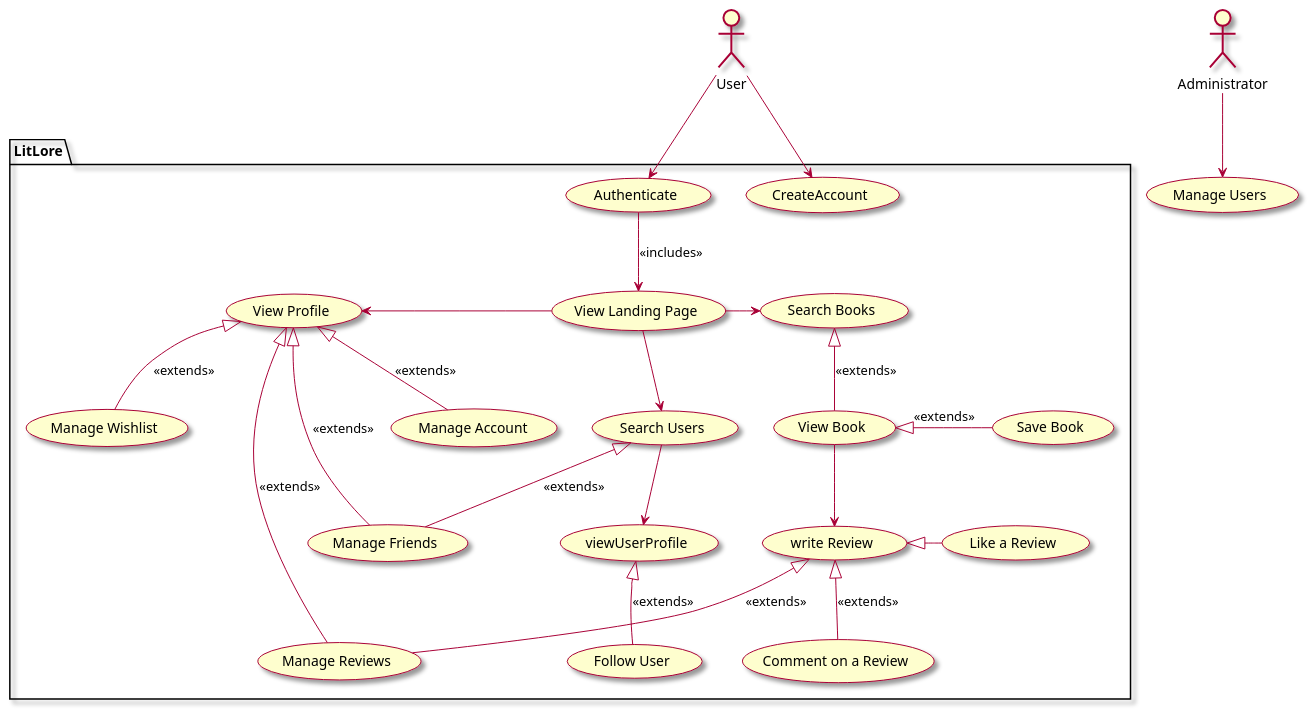
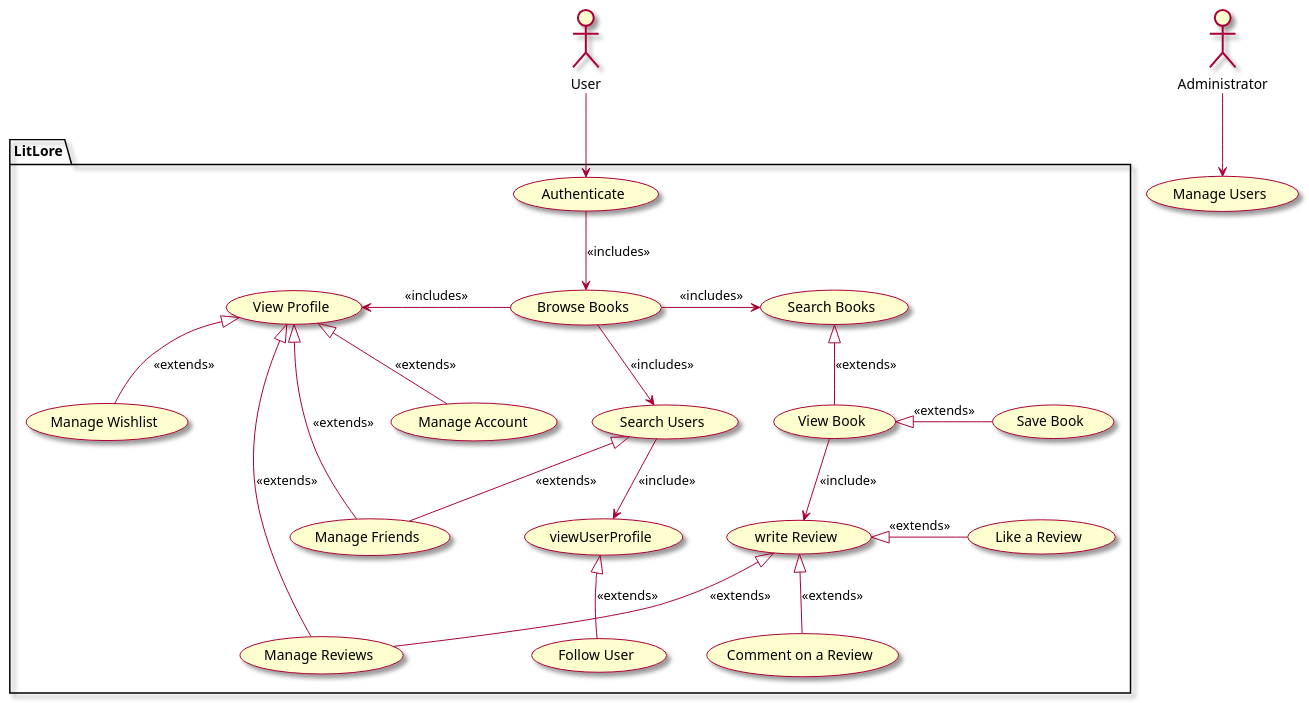
Before and after one commit to Khurshid03/team-2b: the diagram in intellij/doc/vision.md, drawn with PlantUML. The commit also changed 17 other files, not shown here.

````diff
--- a/intellij/doc/vision.md
+++ b/intellij/doc/vision.md
@@ -42,57 +42,56 @@
 ```plantuml
 skin rose
 
 ' human actors
 actor "User" as user
 actor "Administrator" as admin
 
 ' system actors
 
 ' list all use cases in package
 usecase "Manage Users" as manageUsers
  
 package LitLore{
-    usecase "CreateAccount" as createAccount
     usecase "Authenticate" as authenticate
-    usecase "View Landing Page" as viewLandingPage
+    usecase "Browse Books" as viewLandingPage
     usecase "View Profile" as viewProfile
     usecase "Search Users" as searchUsers
     usecase "Search Books" as searchBooks
     usecase "View Book" as viewBook
     usecase "write Review" as writeReview
     usecase "Manage Reviews" as manageReviews
     usecase "Comment on a Review" as commentOnAReview
     usecase "Save Book" as saveBook
     usecase "Manage Friends" as manageFriends
     usecase " Manage Account" as manageAccount
     usecase "Manage Wishlist" as manageWishlist
     usecase "viewUserProfile" as viewUserProfile
     usecase "Follow User" as followUser
     usecase "Like a Review" as likeReview
    
 }
 
 ' list relationships between actors and use cases
 
-user --> createAccount
+
 user --> authenticate
 authenticate --> viewLandingPage : <<includes>>
-viewLandingPage -left-> viewProfile
+viewLandingPage -left-> viewProfile : <<includes>>
 viewProfile <|-- manageAccount : <<extends>>
 viewProfile <|-- manageWishlist : <<extends>>
 viewProfile <|-- manageFriends : <<extends>>
-searchUsers --> viewUserProfile
+searchUsers --> viewUserProfile : <<include>>
 viewUserProfile <|-- followUser : <<extends>>
-viewLandingPage -right-> searchBooks
-viewLandingPage --> searchUsers
+viewLandingPage -right-> searchBooks : <<includes>>
+viewLandingPage --> searchUsers : <<includes>>
 searchBooks <|-- viewBook : <<extends>>
 viewBook <|-right- saveBook : <<extends>>
-viewBook --> writeReview
+viewBook --> writeReview :<<include>>
 writeReview <|-- manageReviews : <<extends>>
 writeReview <|-down- commentOnAReview : <<extends>>
 manageReviews --|> viewProfile : <<extends>>
 searchUsers <|-- manageFriends : <<extends>>
-likeReview -left-|> writeReview <<extends>>
+likeReview -left-|> writeReview : <<extends>>
 
 admin --> manageUsers
 ```
````
